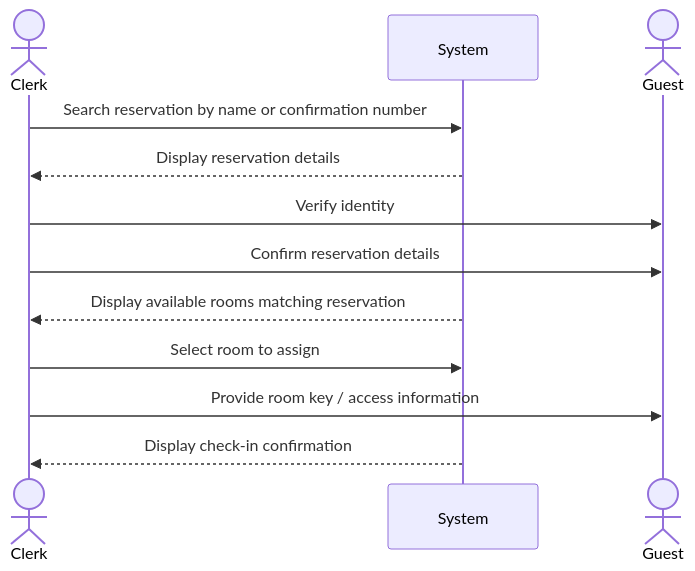
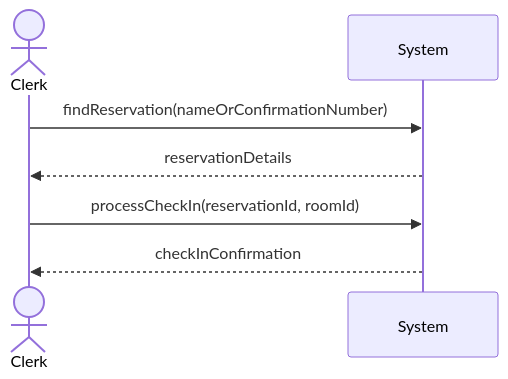
Before and after one commit to JaceYar/Software1-Proj: the diagram in Documentation/User-Cases/ProcessCheckIn.md, drawn with Mermaid. The commit also changed 18 other files, not shown here.

````diff
--- a/Documentation/User-Cases/ProcessCheckIn.md
+++ b/Documentation/User-Cases/ProcessCheckIn.md
@@ -11,15 +11,10 @@
 ```mermaid
 sequenceDiagram
     actor Clerk
     participant System
-    actor Guest
 
-    Clerk->>System: Search reservation by name or confirmation number
-    System-->>Clerk: Display reservation details
-    Clerk->>Guest: Verify identity
-    Clerk->>Guest: Confirm reservation details
-    System-->>Clerk: Display available rooms matching reservation
-    Clerk->>System: Select room to assign
-    Clerk->>Guest: Provide room key / access information
-    System-->>Clerk: Display check-in confirmation
+    Clerk->>System: findReservation(nameOrConfirmationNumber)
+    System-->>Clerk: reservationDetails
+    Clerk->>System: processCheckIn(reservationId, roomId)
+    System-->>Clerk: checkInConfirmation
 ```
````
